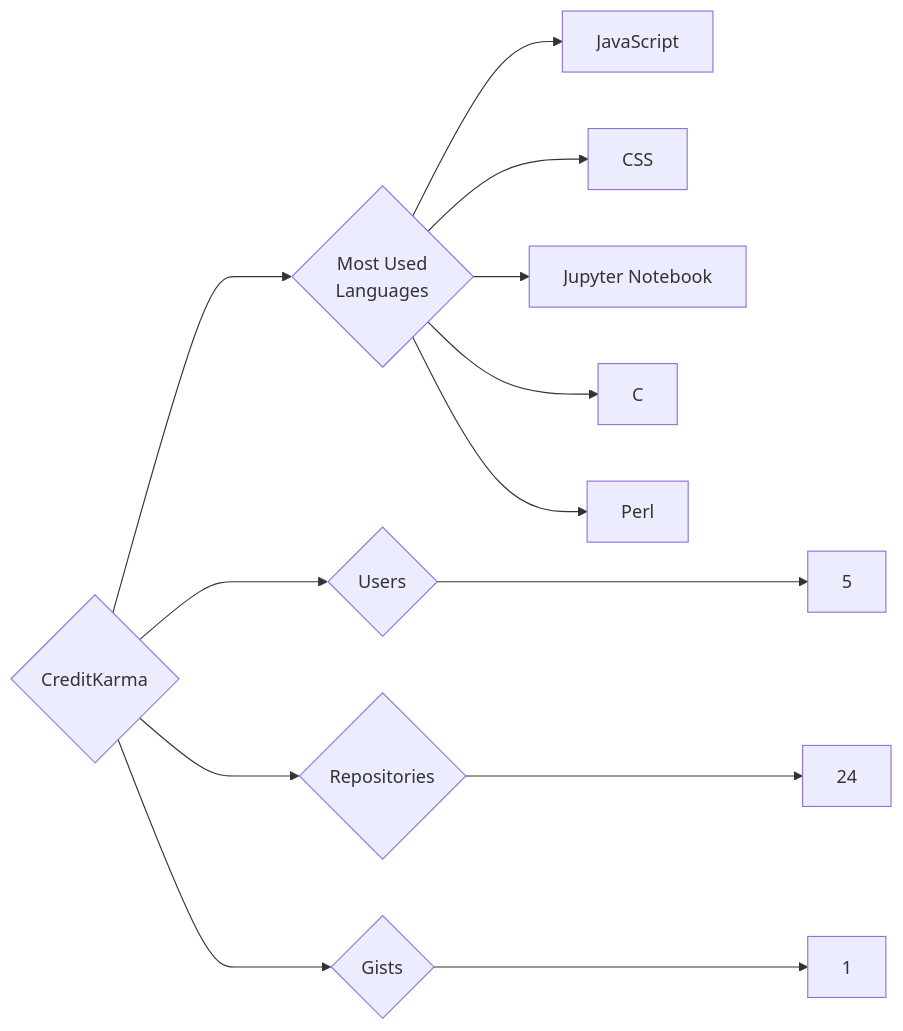
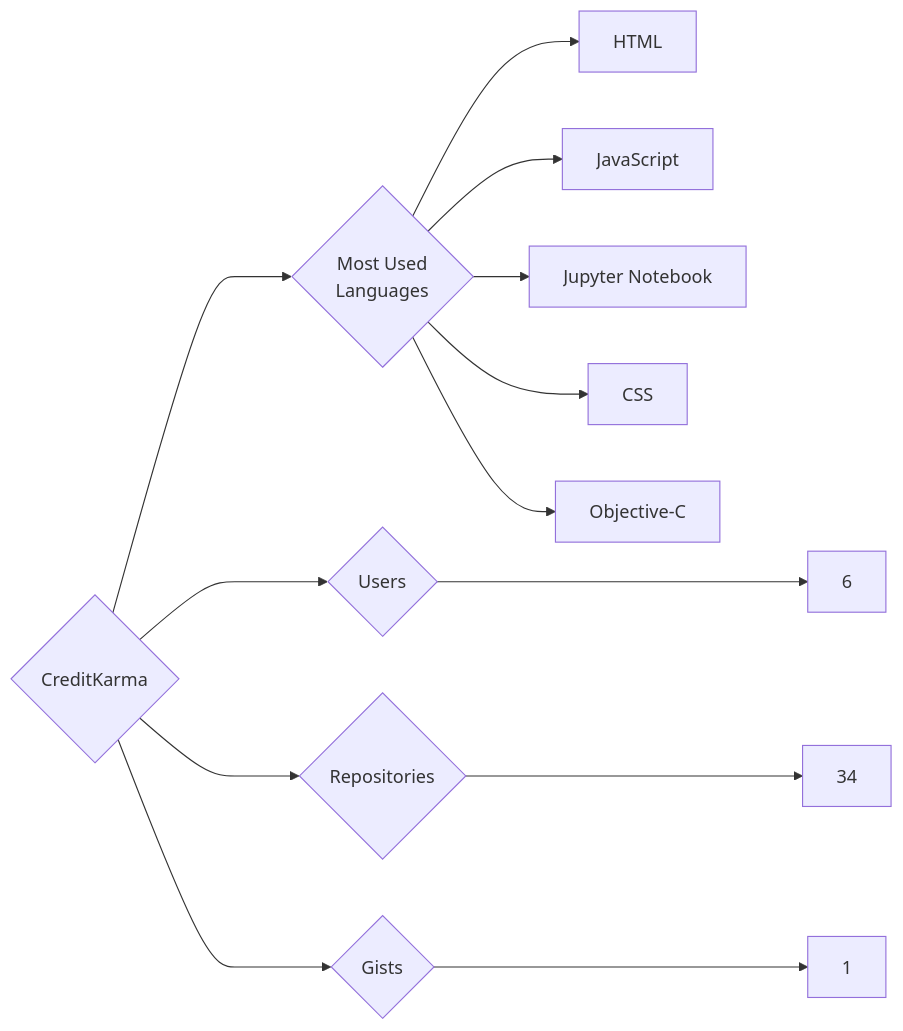
The diagram in targets/CreditKarma/README.md (trickest/insiders), drawn with Mermaid before and after one commit. The commit also changed 1238 other files, not shown here.

````diff
--- a/targets/CreditKarma/README.md
+++ b/targets/CreditKarma/README.md
@@ -3,13 +3,13 @@
 ```mermaid
 graph LR
 COMPANY_NAME{CreditKarma}
-COMPANY_NAME ---> U{Users} ---> UN[5]
-COMPANY_NAME ---> R{Repositories} ---> RN[24]
+COMPANY_NAME ---> U{Users} ---> UN[6]
+COMPANY_NAME ---> R{Repositories} ---> RN[34]
 COMPANY_NAME ---> G{Gists} ---> GN[1]
 COMPANY_NAME ---> ML{Most Used<br>Languages}
+ML --> HTML[HTML]
 ML --> JavaScript[JavaScript]
+ML --> Jupyter_Notebook[Jupyter Notebook]
 ML --> CSS[CSS]
-ML --> Jupyter_Notebook[Jupyter Notebook]
-ML --> C[C]
-ML --> Perl[Perl]
+ML --> Objective-C[Objective-C]
 ```
````
